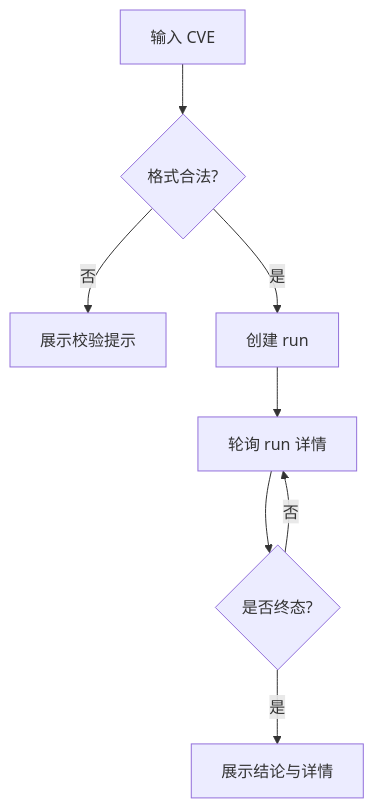
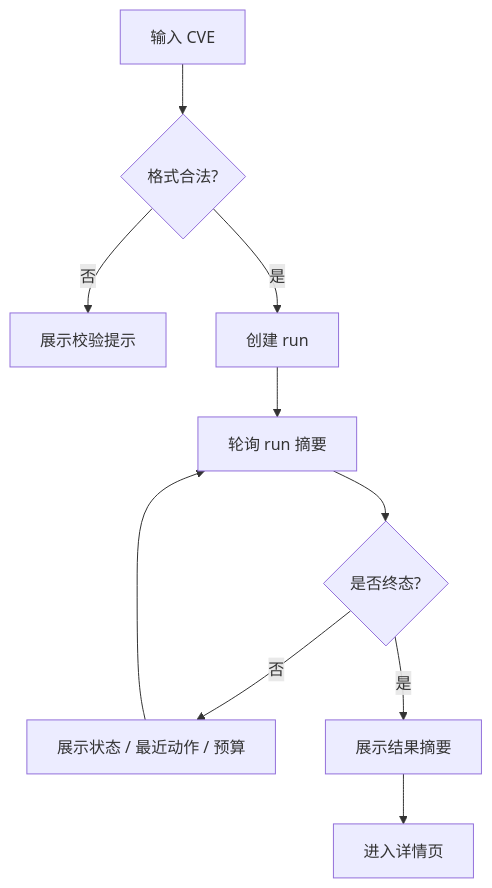
The diagram in docs/04-功能设计/M101-CVE检索工作台功能设计.md (coeoo/AetherFlow), drawn with Mermaid before and after one commit. The commit also changed other lines of this file and 55 other files, not shown here.

````diff
--- a/docs/04-功能设计/M101-CVE检索工作台功能设计.md
+++ b/docs/04-功能设计/M101-CVE检索工作台功能设计.md
@@ -74,10 +79,12 @@
 ```mermaid
 graph TD
     A[输入 CVE] --> B{格式合法?}
     B -->|否| C[展示校验提示]
     B -->|是| D[创建 run]
-    D --> E[轮询 run 详情]
+    D --> E[轮询 run 摘要]
     E --> F{是否终态?}
-    F -->|否| E
-    F -->|是| G[展示结论与详情]
+    F -->|否| G[展示状态 / 最近动作 / 预算]
+    G --> E
+    F -->|是| H[展示结果摘要]
+    H --> I[进入详情页]
 ```
````
